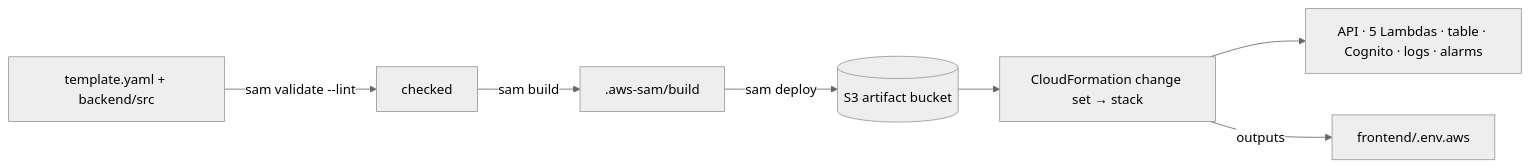
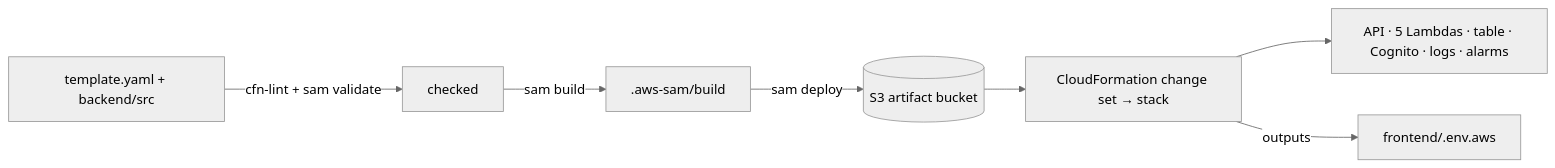
Before and after one commit to Joun-Mikhail/CRUD: the diagram in docs/learning/10-deployment.md, drawn with Mermaid (neutral theme). The commit also changed other lines of this file and 72 other files, not shown here.

````diff
--- a/docs/learning/10-deployment.md
+++ b/docs/learning/10-deployment.md
@@ -22,9 +22,9 @@
 ```mermaid
 flowchart LR
-  T[template.yaml + backend/src] -->|sam validate --lint| V[checked]
+  T[template.yaml + backend/src] -->|cfn-lint + sam validate| V[checked]
   V -->|sam build| B[.aws-sam/build]
   B -->|sam deploy| S3[(S3 artifact bucket)]
   S3 --> CF[CloudFormation change set → stack]
   CF --> RES[API · 5 Lambdas · table · Cognito · logs · alarms]
   CF -->|outputs| ENV[frontend/.env.aws]
 ```
````
